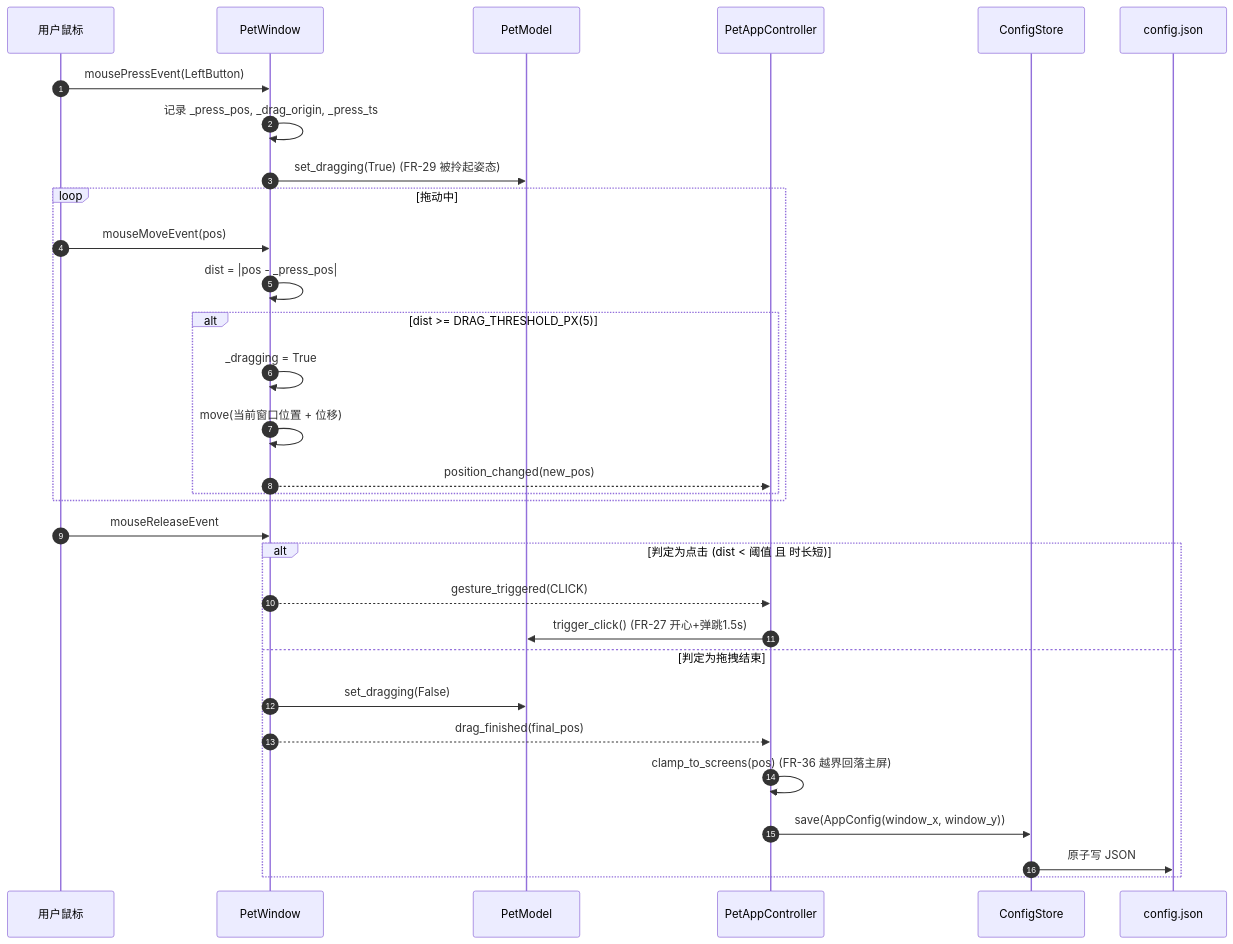
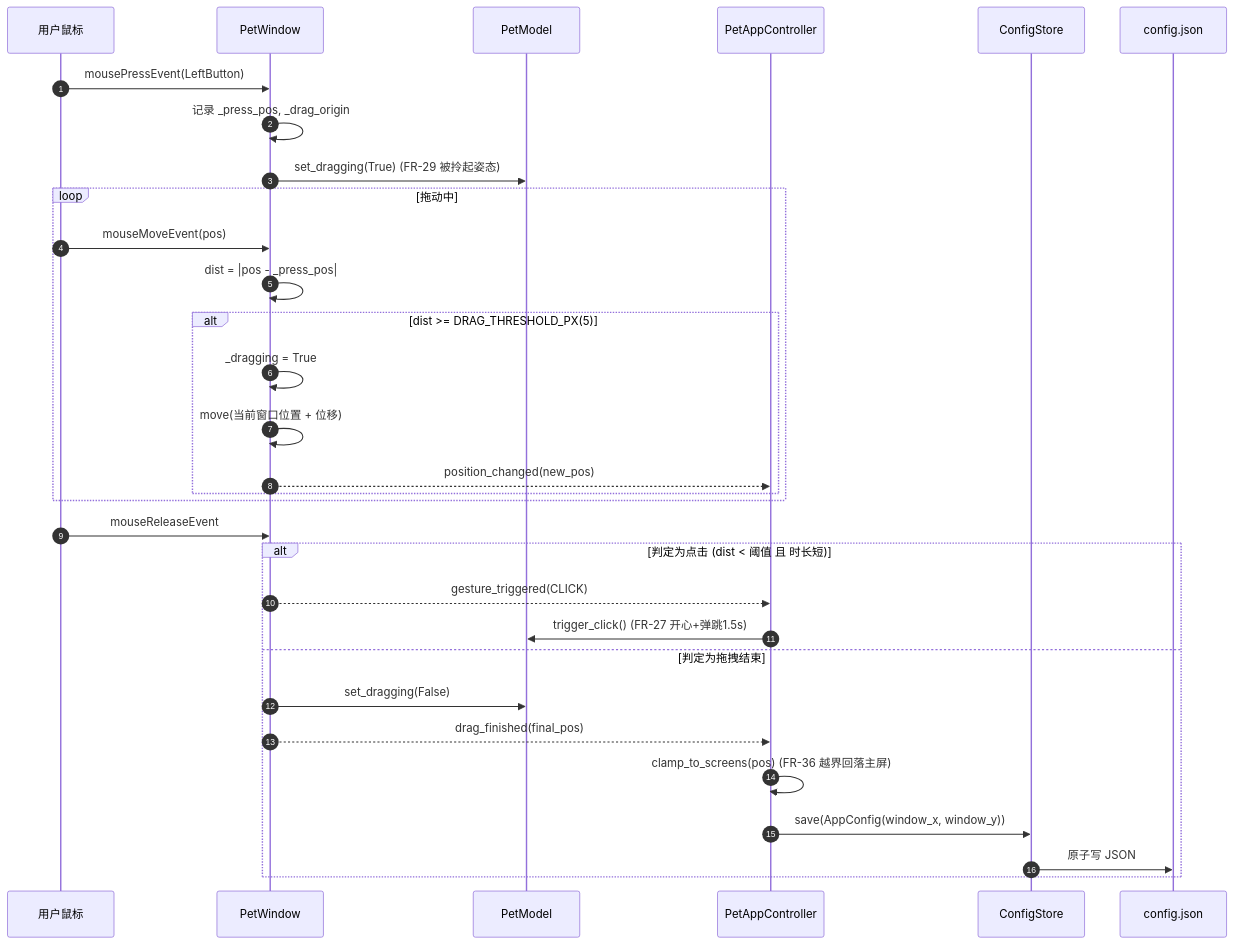
Before and after one commit to Woodeline/Pet_hub: the fourth of 4 diagrams in docs/architecture.md, drawn with Mermaid. The commit also changed other lines of this file and 37 other files, not shown here.

````diff
--- a/docs/architecture.md
+++ b/docs/architecture.md
@@ -509,34 +507,34 @@
 ```mermaid
 sequenceDiagram
     autonumber
     participant US as 用户鼠标
     participant WN as PetWindow
     participant MD as PetModel
     participant CT as PetAppController
     participant ST as ConfigStore
     participant FS as config.json
 
     US->>WN: mousePressEvent(LeftButton)
-    WN->>WN: 记录 _press_pos, _drag_origin, _press_ts
+    WN->>WN: 记录 _press_pos, _drag_origin
     WN->>MD: set_dragging(True)  (FR-29 被拎起姿态)
     loop 拖动中
         US->>WN: mouseMoveEvent(pos)
         WN->>WN: dist = |pos - _press_pos|
         alt dist >= DRAG_THRESHOLD_PX(5)
             WN->>WN: _dragging = True
             WN->>WN: move(当前窗口位置 + 位移)
             WN-->>CT: position_changed(new_pos)
         end
     end
     US->>WN: mouseReleaseEvent
     alt 判定为点击 (dist < 阈值 且 时长短)
         WN-->>CT: gesture_triggered(CLICK)
         CT->>MD: trigger_click()  (FR-27 开心+弹跳1.5s)
     else 判定为拖拽结束
         WN->>MD: set_dragging(False)
         WN-->>CT: drag_finished(final_pos)
         CT->>CT: clamp_to_screens(pos)  (FR-36 越界回落主屏)
         CT->>ST: save(AppConfig(window_x, window_y))
         ST->>FS: 原子写 JSON
     end
 ```
````
